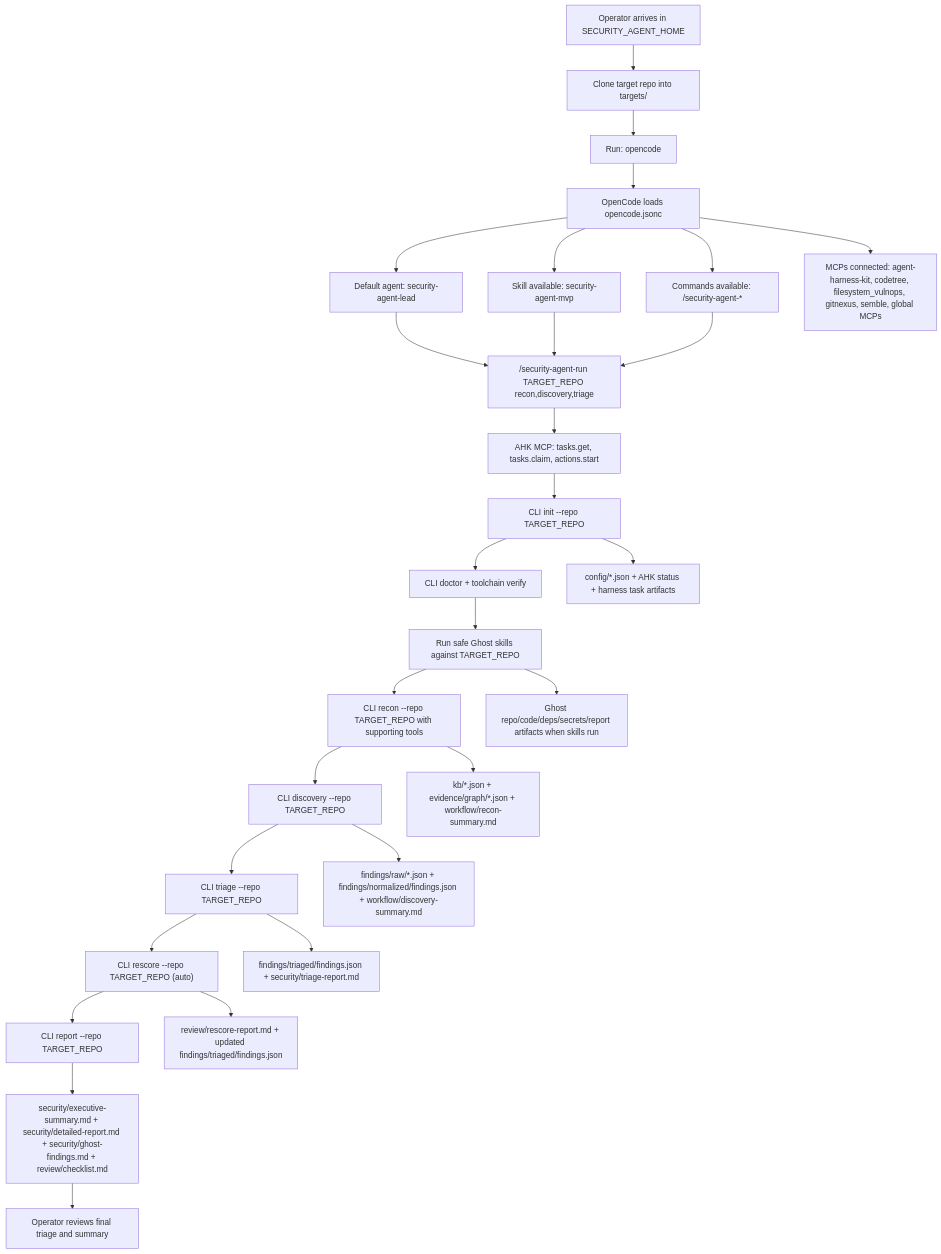
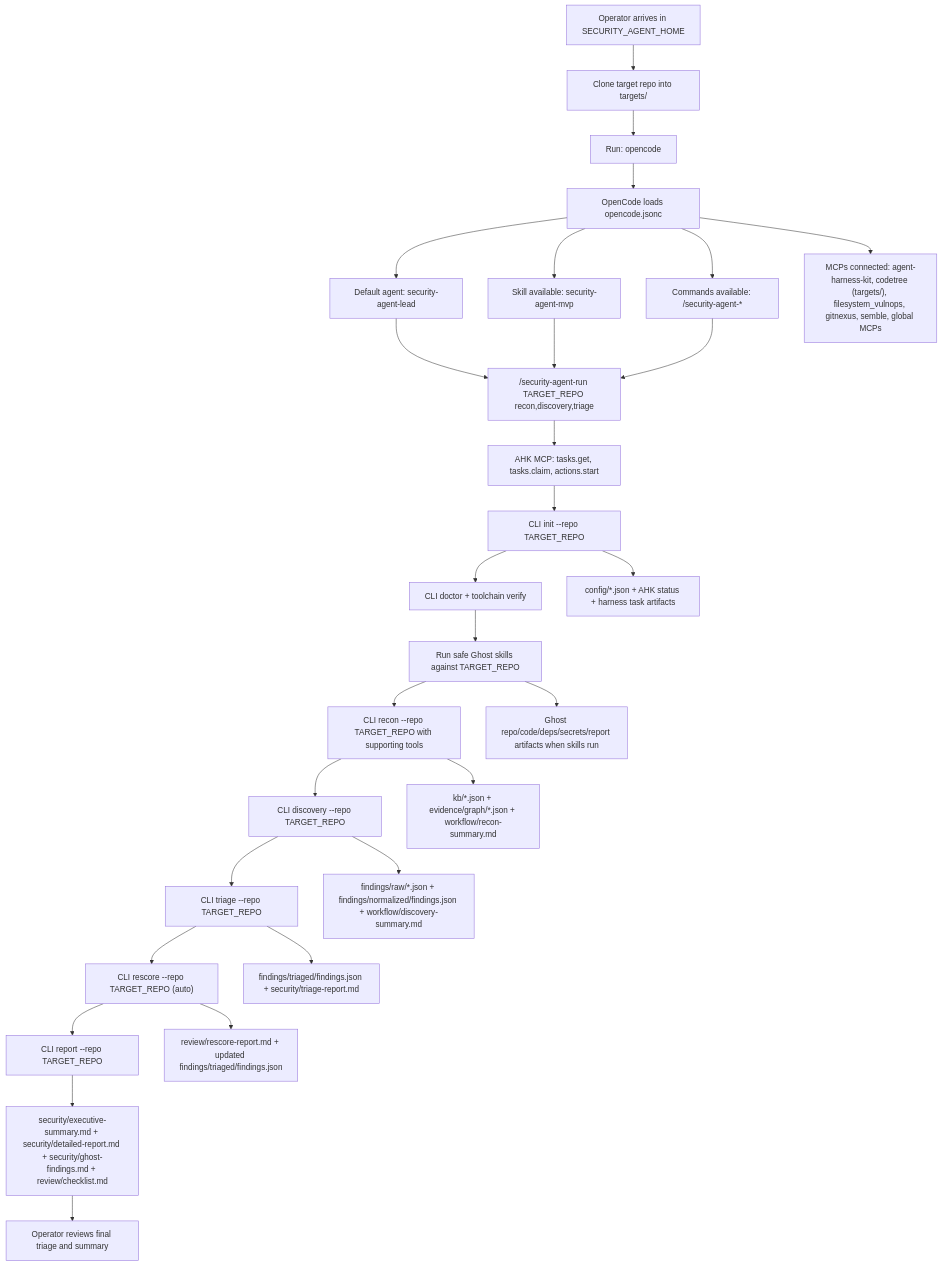
One commit to xfhg/security-agent changed the first of 8 diagrams in docs/security-agent-flow.md. Above: the diagram before and after it, drawn with Mermaid. The commit also changed other lines of this file and 4 other files, not shown here.

````diff
--- a/docs/security-agent-flow.md
+++ b/docs/security-agent-flow.md
@@ -14,35 +14,35 @@
 ```mermaid
 flowchart TD
   Operator["Operator arrives in SECURITY_AGENT_HOME"] --> Clone["Clone target repo into targets/<reponame>"]
   Clone --> StartOC["Run: opencode"]
 
   StartOC --> OCConfig["OpenCode loads opencode.jsonc"]
   OCConfig --> AgentLead["Default agent: security-agent-lead"]
   OCConfig --> SkillMVP["Skill available: security-agent-mvp"]
   OCConfig --> Commands["Commands available: /security-agent-*"]
-  OCConfig --> MCPs["MCPs connected: agent-harness-kit, codetree, filesystem_vulnops, gitnexus, semble, global MCPs"]
+  OCConfig -->   MCPs["MCPs connected: agent-harness-kit, codetree (targets/), filesystem_vulnops, gitnexus, semble, global MCPs"]
 
   AgentLead --> RunCmd["/security-agent-run TARGET_REPO recon,discovery,triage"]
   SkillMVP --> RunCmd
   Commands --> RunCmd
 
   RunCmd --> AHKClaim["AHK MCP: tasks.get, tasks.claim, actions.start"]
   AHKClaim --> Init["CLI init --repo TARGET_REPO"]
   Init --> Doctor["CLI doctor + toolchain verify"]
   Doctor --> GhostRun["Run safe Ghost skills against TARGET_REPO"]
   GhostRun --> Recon["CLI recon --repo TARGET_REPO with supporting tools"]
   Recon --> Discovery["CLI discovery --repo TARGET_REPO"]
   Discovery --> Triage["CLI triage --repo TARGET_REPO"]
   Triage --> Rescore["CLI rescore --repo TARGET_REPO (auto)"]
   Rescore --> Report["CLI report --repo TARGET_REPO"]
 
   Init --> InitArtifacts["config/*.json + AHK status + harness task artifacts"]
   GhostRun --> GhostArtifacts["Ghost repo/code/deps/secrets/report artifacts when skills run"]
   Recon --> ReconArtifacts["kb/*.json + evidence/graph/*.json + workflow/recon-summary.md"]
   Discovery --> DiscoveryArtifacts["findings/raw/*.json + findings/normalized/findings.json + workflow/discovery-summary.md"]
   Triage --> TriageArtifacts["findings/triaged/findings.json + security/triage-report.md"]
   Rescore --> RescoreArtifacts["review/rescore-report.md + updated findings/triaged/findings.json"]
   Report --> ReportArtifacts["security/executive-summary.md + security/detailed-report.md + security/ghost-findings.md + review/checklist.md"]
 
   ReportArtifacts --> OperatorReview["Operator reviews final triage and summary"]
 ```
````
